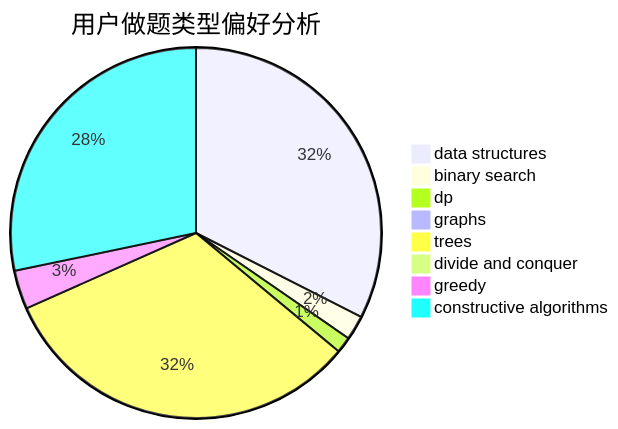
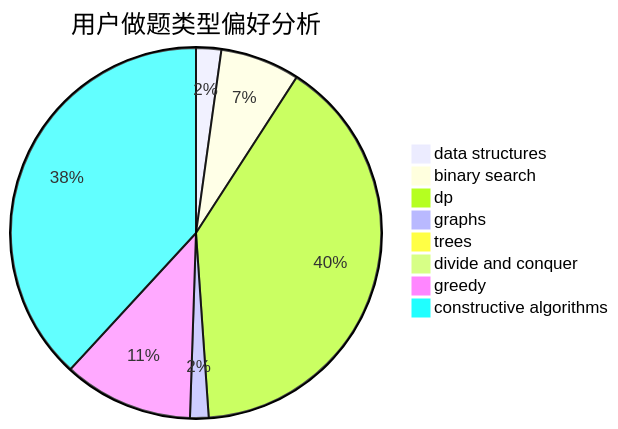
The second of 3 diagrams in docs/user/u1840.md (sherpahu/cfrs.github.io), drawn with Mermaid before and after one commit. The commit also changed other lines of this file and 2770 other files, not shown here.

````diff
--- a/docs/user/u1840.md
+++ b/docs/user/u1840.md
@@ -23,11 +23,11 @@
 ```mermaid
 pie title 用户做题类型偏好分析
-    "data structures" :  394
-    "binary search" :  26
-    "dp" :  17
-    "graphs" :  6
-    "trees" :  392
-    "divide and conquer" :  3
-    "greedy" :  41
-    "constructive algorithms" :  343
+    "data structures" :  19
+    "binary search" :  60
+    "dp" :  344
+    "graphs" :  14
+    "trees" :  0
+    "divide and conquer" :  1
+    "greedy" :  98
+    "constructive algorithms" :  330
 ```
````
